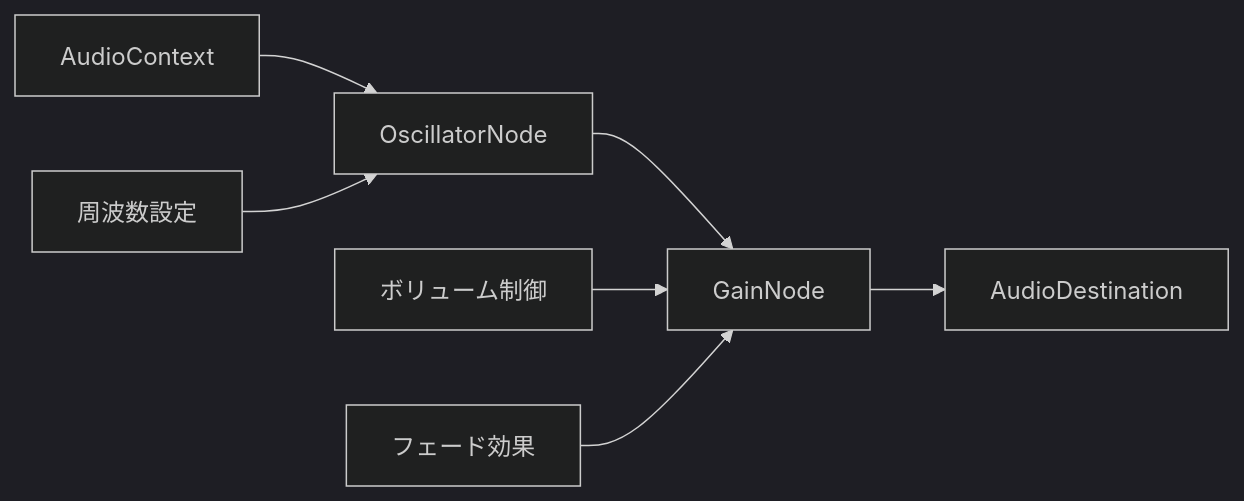
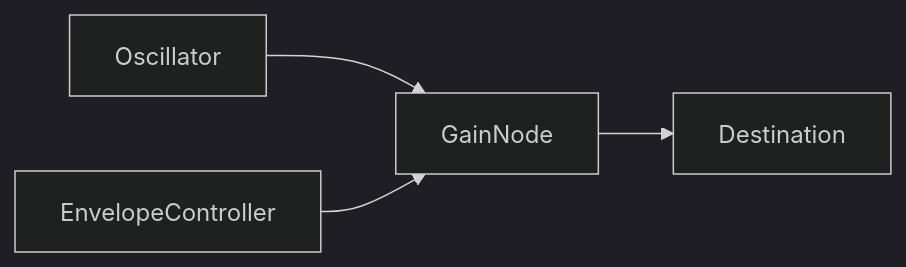
The second of 2 diagrams in AUDIO_FLOW_DOCUMENTATION.md (cou723/digital_finger_instruments), drawn with Mermaid (dark theme) before and after one commit. The commit also changed other lines of this file and 5 other files, not shown here.

````diff
--- a/AUDIO_FLOW_DOCUMENTATION.md
+++ b/AUDIO_FLOW_DOCUMENTATION.md
@@ -202,10 +37,6 @@
 ```mermaid
 graph LR
-    A[AudioContext] --> B[OscillatorNode]
-    B --> C[GainNode]
-    C --> D[AudioDestination]
-    
-    E[周波数設定] --> B
-    F[ボリューム制御] --> C
-    G[フェード効果] --> C
+    A[Oscillator] --> B[GainNode]
+    B --> C[Destination]
+    D[EnvelopeController] --> B
 ```
````
